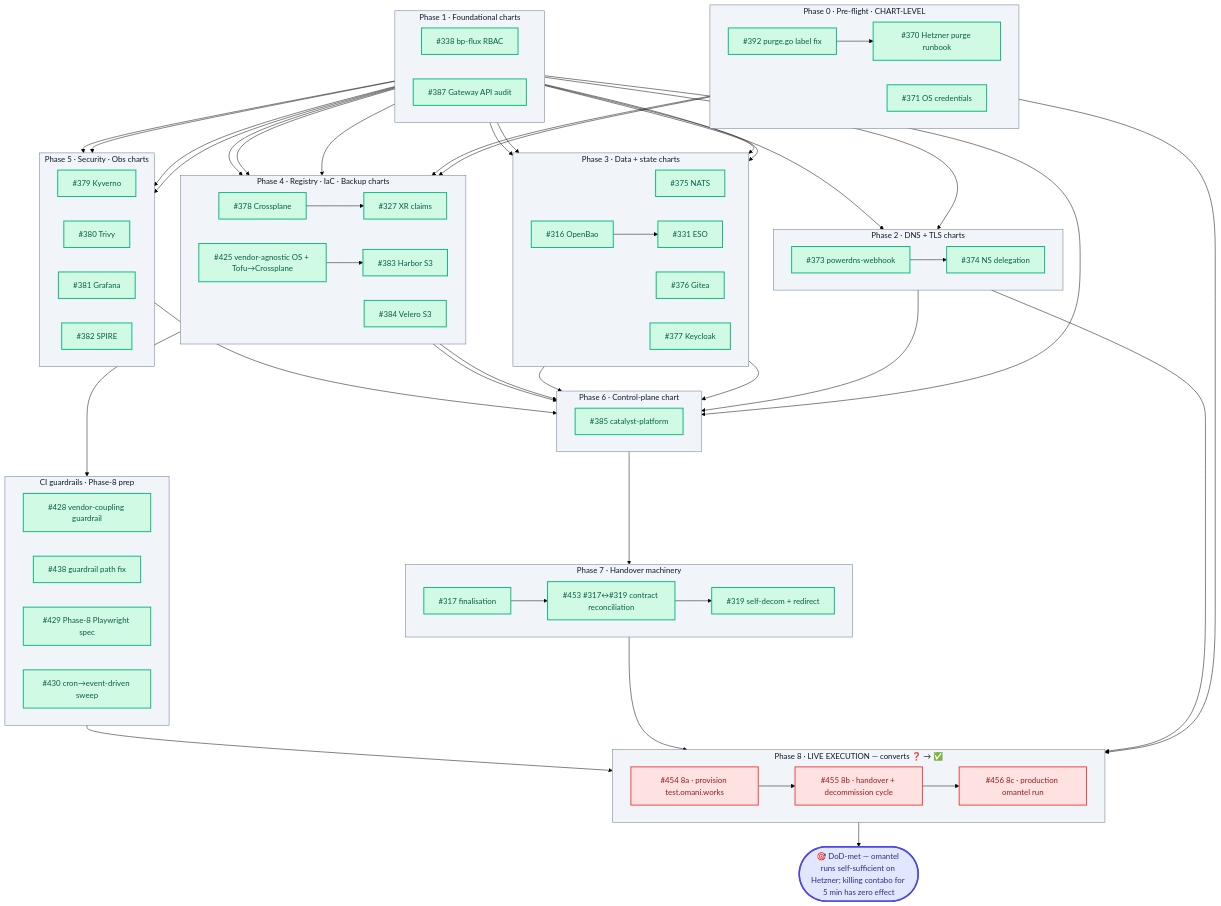
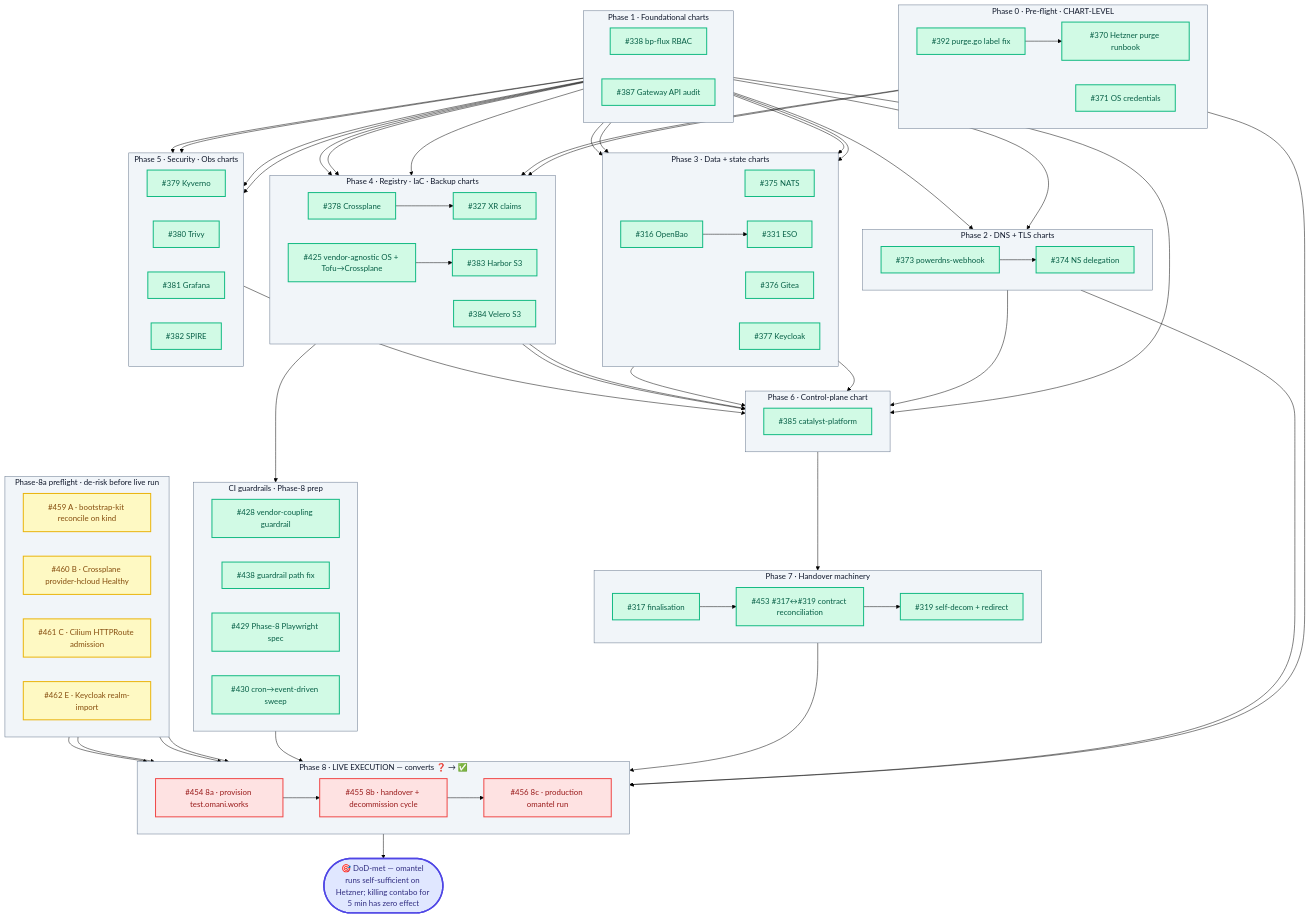
Before and after one commit to openova-io/openova: the diagram in docs/omantel-handover-wbs.md, drawn with Mermaid (forest theme). The commit also changed other lines of this file, not shown here.

First line of the commit message:
docs(wbs): tick 21 — #453 done; 4 Phase-8a preflights dispatched; §13 cap rule corrected

```diff
--- a/docs/omantel-handover-wbs.md
+++ b/docs/omantel-handover-wbs.md
@@ -190,6 +190,20 @@
         T430["#430 cron→event-driven sweep"]
     end
 
+    subgraph PRE[Phase-8a preflight · de-risk before live run]
+        direction LR
+        T459["#459 A · bootstrap-kit reconcile on kind"]
+        T460["#460 B · Crossplane provider-hcloud Healthy"]
+        T461["#461 C · Cilium HTTPRoute admission"]
+        T462["#462 E · Keycloak realm-import"]
+    end
+
+    %% Preflights gate Phase 8a (de-risk it before real Hetzner credit is burned)
+    T459 --> T454
+    T460 --> T454
+    T461 --> T454
+    T462 --> T454
+
     %% Phase 0 → Phase 4 cross-cut
     T392 --> T370
     T425 --> T383
@@ -239,8 +253,9 @@
     %% Phase 8 → DoD
     T456 --> DOD
 
-    class PH0,PH1,PH2,PH3,PH4,PH5,PH6,PH7,PH8,SCAF phase
+    class PH0,PH1,PH2,PH3,PH4,PH5,PH6,PH7,PH8,SCAF,PRE phase
     class T316,T317,T319,T327,T331,T338,T370,T371,T373,T374,T375,T376,T377,T378,T379,T380,T381,T382,T383,T384,T385,T387,T392,T425,T428,T429,T430,T438,T453 done
+    class T459,T460,T461,T462 wip
     class T454,T455,T456 blocked
 
     %% Clickable ticket numbers
@@ -272,6 +287,10 @@
     click T429 "https://github.com/openova-io/openova/issues/429" "Open #429" _blank
     click T430 "https://github.com/openova-io/openova/issues/430" "Open #430" _blank
     click T438 "https://github.com/openova-io/openova/issues/438" "Open #438" _blank
+    click T459 "https://github.com/openova-io/openova/issues/459" "Open #459" _blank
+    click T460 "https://github.com/openova-io/openova/issues/460" "Open #460" _blank
+    click T461 "https://github.com/openova-io/openova/issues/461" "Open #461" _blank
+    click T462 "https://github.com/openova-io/openova/issues/462" "Open #462" _blank
     click T453 "https://github.com/openova-io/openova/issues/453" "Open #453" _blank
     click T454 "https://github.com/openova-io/openova/issues/454" "Open #454" _blank
     click T455 "https://github.com/openova-io/openova/issues/455" "Open #455" _blank
```
